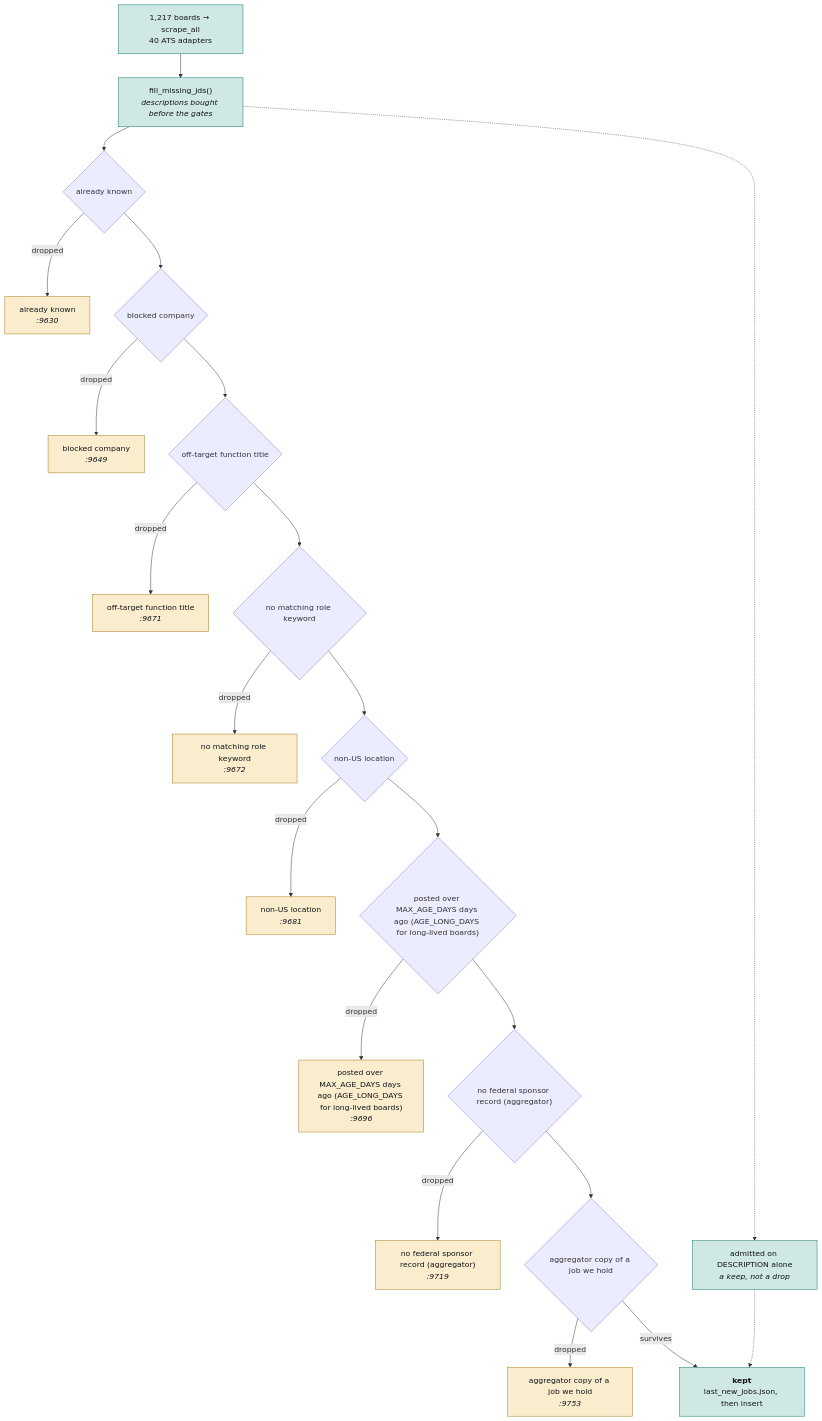
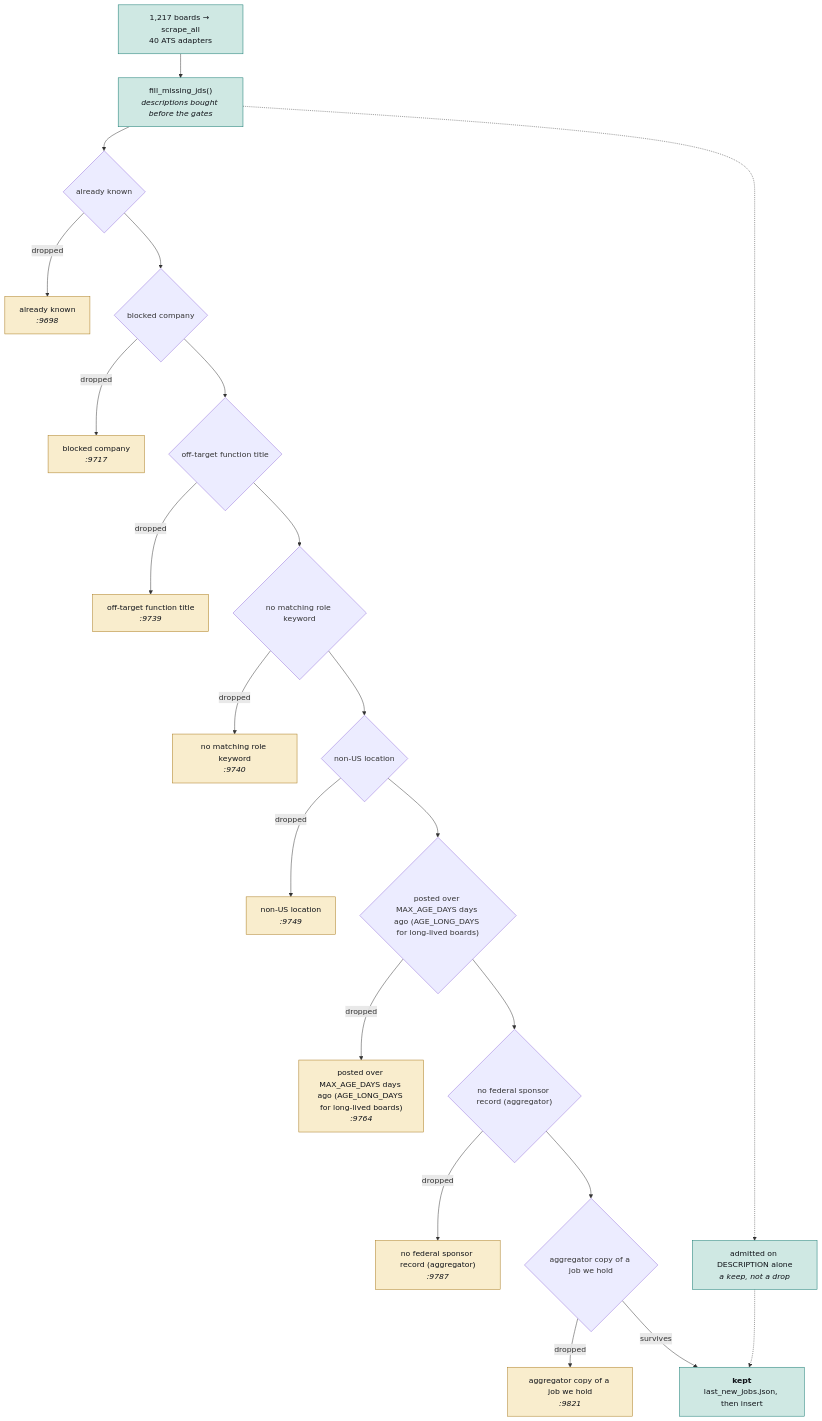
One commit to hadakunal909-debug/job-search-tool changed the second of 4 diagrams in JobMatch Scraper/docs/ARCHITECTURE.md. Above: the diagram before and after it, drawn with Mermaid. The commit also changed other lines of this file and 30 other files, not shown here.

````diff
--- a/JobMatch Scraper/docs/ARCHITECTURE.md
+++ b/JobMatch Scraper/docs/ARCHITECTURE.md
@@ -106,54 +106,54 @@
 ```mermaid
 flowchart TB
   SRC["1,217 boards → scrape_all<br/>40 ATS adapters"]
   JD["fill_missing_jds()<br/><i>descriptions bought before the gates</i>"]
   SRC --> JD
   G0{"already known"}
-  D0["already known<br/><i>:9630</i>"]
+  D0["already known<br/><i>:9698</i>"]
   JD --> G0
   G0 -->|dropped| D0
   class D0 trap
   G1{"blocked company"}
-  D1["blocked company<br/><i>:9649</i>"]
+  D1["blocked company<br/><i>:9717</i>"]
   G0 --> G1
   G1 -->|dropped| D1
   class D1 trap
   G2{"off-target function title"}
-  D2["off-target function title<br/><i>:9671</i>"]
+  D2["off-target function title<br/><i>:9739</i>"]
   G1 --> G2
   G2 -->|dropped| D2
   class D2 trap
   G3{"no matching role keyword"}
-  D3["no matching role keyword<br/><i>:9672</i>"]
+  D3["no matching role keyword<br/><i>:9740</i>"]
   G2 --> G3
   G3 -->|dropped| D3
   class D3 trap
   G4{"non-US location"}
-  D4["non-US location<br/><i>:9681</i>"]
+  D4["non-US location<br/><i>:9749</i>"]
   G3 --> G4
   G4 -->|dropped| D4
   class D4 trap
   G5{"posted over MAX_AGE_DAYS days ago (AGE_LONG_DAYS for long-lived boards)"}
-  D5["posted over MAX_AGE_DAYS days ago (AGE_LONG_DAYS for long-lived boards)<br/><i>:9696</i>"]
+  D5["posted over MAX_AGE_DAYS days ago (AGE_LONG_DAYS for long-lived boards)<br/><i>:9764</i>"]
   G4 --> G5
   G5 -->|dropped| D5
   class D5 trap
   G6{"no federal sponsor record (aggregator)"}
-  D6["no federal sponsor record (aggregator)<br/><i>:9719</i>"]
+  D6["no federal sponsor record (aggregator)<br/><i>:9787</i>"]
   G5 --> G6
   G6 -->|dropped| D6
   class D6 trap
   G7{"aggregator copy of a job we hold"}
-  D7["aggregator copy of a job we hold<br/><i>:9753</i>"]
+  D7["aggregator copy of a job we hold<br/><i>:9821</i>"]
   G6 --> G7
   G7 -->|dropped| D7
   class D7 trap
   KEEP["<b>kept</b><br/>last_new_jobs.json, then insert"]
   G7 -->|survives| KEEP
   RESCUE["admitted on DESCRIPTION alone<br/><i>a keep, not a drop</i>"]
   JD -.-> RESCUE
   RESCUE -.-> KEEP
   classDef trap fill:#f9edcd,stroke:#a8781a,color:#101319
   classDef sched fill:#cfe8e3,stroke:#0f766e,color:#101319
   class SRC,JD,KEEP,RESCUE sched
 ```
````
